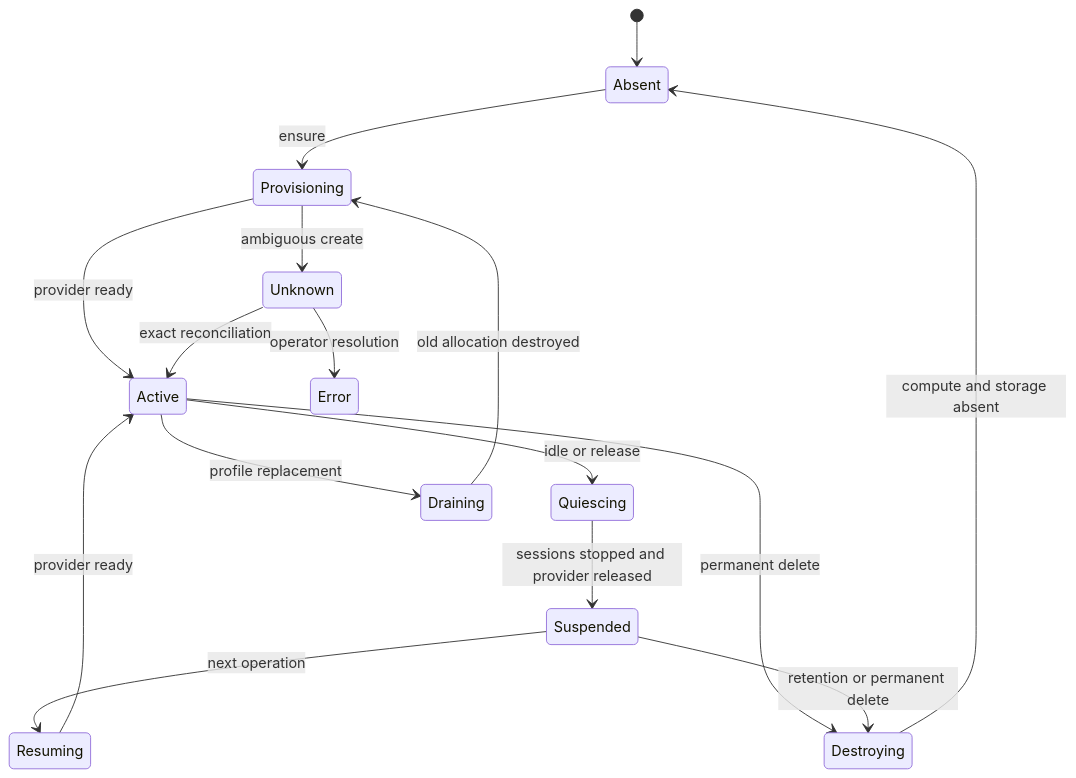
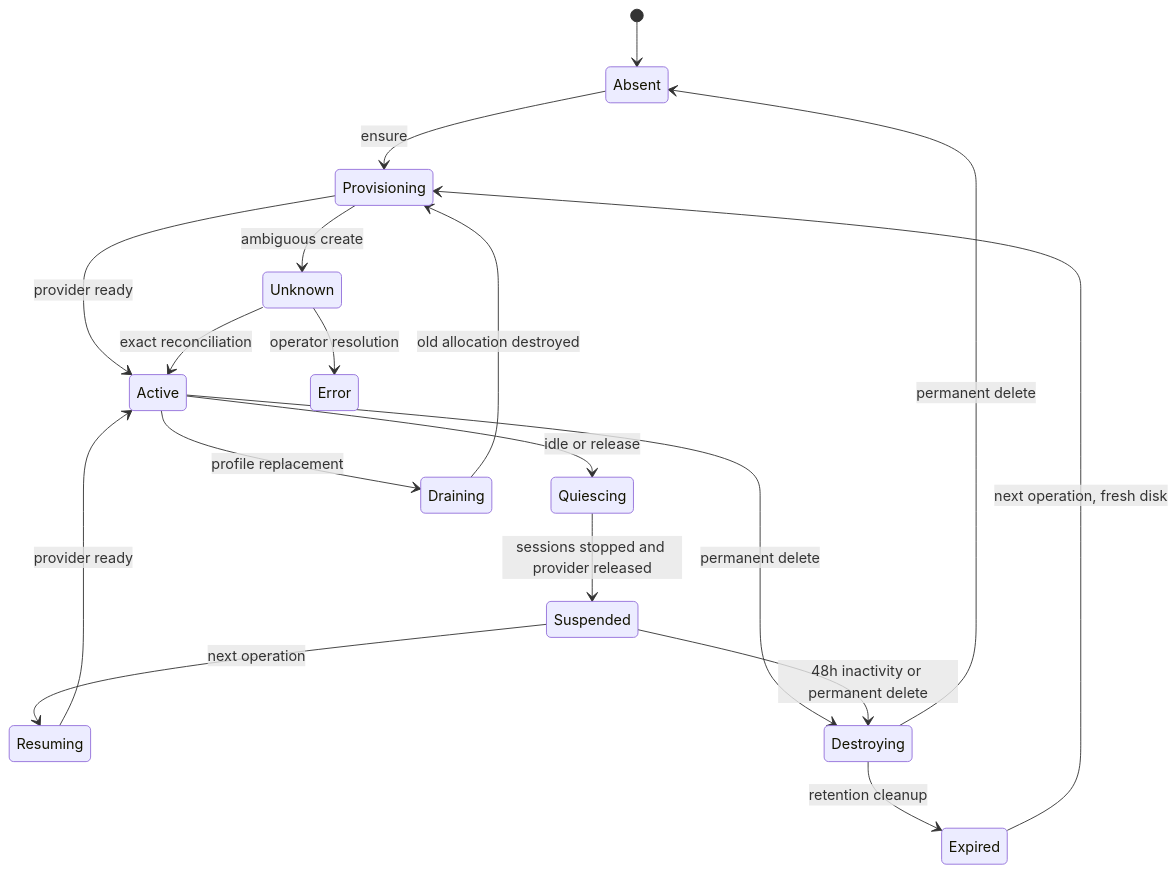
The second of 3 diagrams in docs/design/agentbox/README.md (lemma-work/lemma-platform), drawn with Mermaid before and after one commit. The commit also changed other lines of this file and 23 other files, not shown here.

````diff
--- a/docs/design/agentbox/README.md
+++ b/docs/design/agentbox/README.md
@@ -271,18 +271,20 @@
 ```mermaid
 stateDiagram-v2
     [*] --> Absent
     Absent --> Provisioning: ensure
     Provisioning --> Active: provider ready
     Provisioning --> Unknown: ambiguous create
     Unknown --> Active: exact reconciliation
     Unknown --> Error: operator resolution
     Active --> Quiescing: idle or release
     Quiescing --> Suspended: sessions stopped and provider released
     Suspended --> Resuming: next operation
     Resuming --> Active: provider ready
     Active --> Draining: profile replacement
     Draining --> Provisioning: old allocation destroyed
     Active --> Destroying: permanent delete
-    Suspended --> Destroying: retention or permanent delete
-    Destroying --> Absent: compute and storage absent
+    Suspended --> Destroying: 48h inactivity or permanent delete
+    Destroying --> Expired: retention cleanup
+    Expired --> Provisioning: next operation, fresh disk
+    Destroying --> Absent: permanent delete
 ```
````
